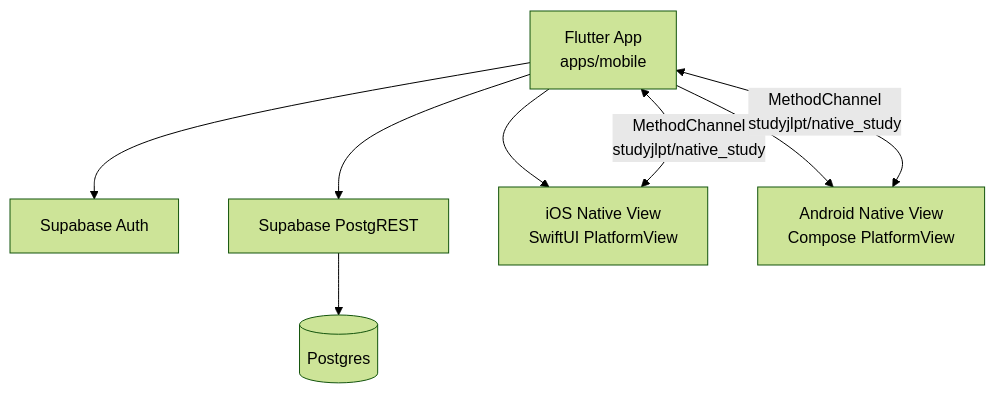
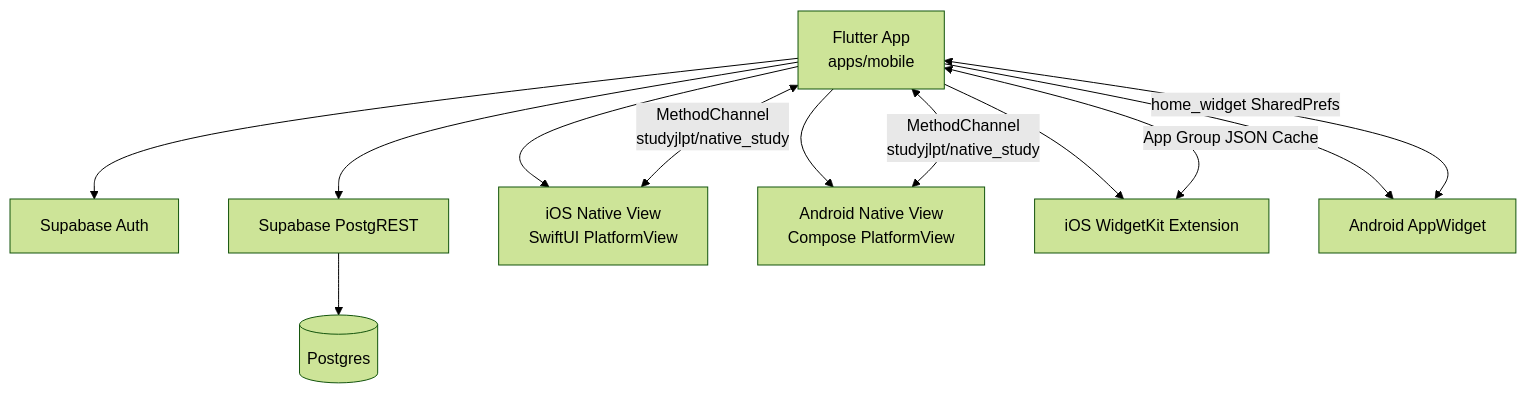
Before and after one commit to gaeng2y/study-jlpt: the first of 3 diagrams in README.md, drawn with Mermaid (forest theme). The commit also changed other lines of this file and 43 other files, not shown here.

Commit message:
feat(mobile): add native home widgets, deep links, and unified app icon source

````diff
--- a/README.md
+++ b/README.md
@@ -46,10 +49,14 @@
 ```mermaid
 graph TD
   A[Flutter App\napps/mobile] --> B[Supabase Auth]
   A --> C[Supabase PostgREST]
   C --> D[(Postgres)]
   A --> E[iOS Native View\nSwiftUI PlatformView]
   A --> F[Android Native View\nCompose PlatformView]
+  A --> G[iOS WidgetKit Extension]
+  A --> H[Android AppWidget]
+  G <-->|App Group JSON Cache| A
+  H <-->|home_widget SharedPrefs| A
   E <-->|MethodChannel\nstudyjlpt/native_study| A
   F <-->|MethodChannel\nstudyjlpt/native_study| A
 ```
````
